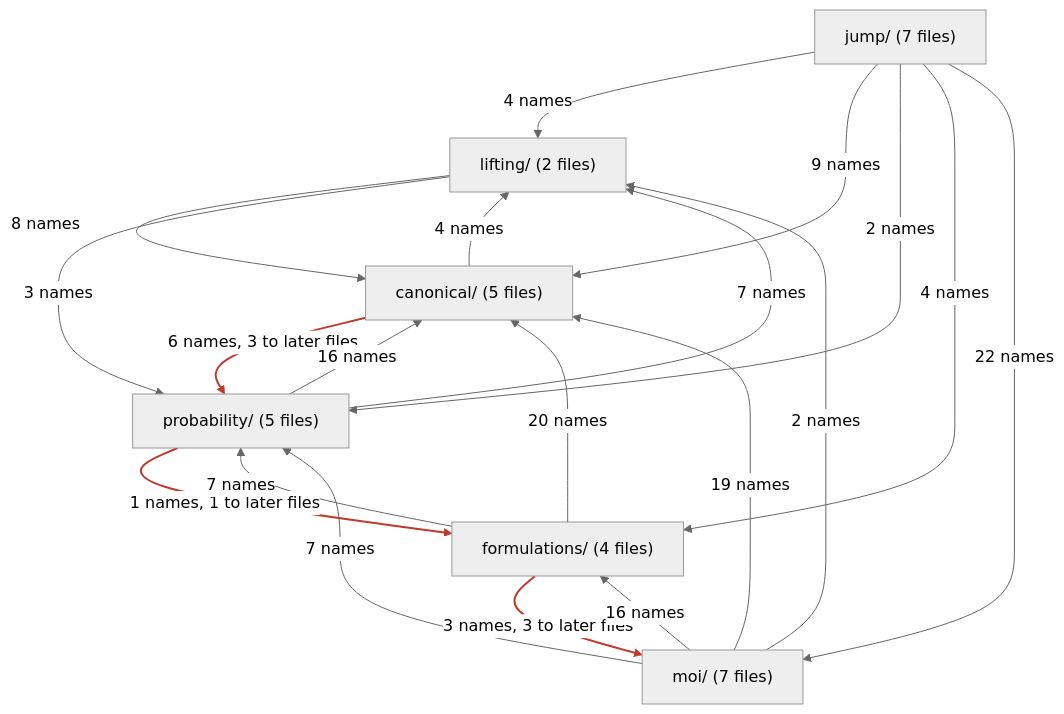
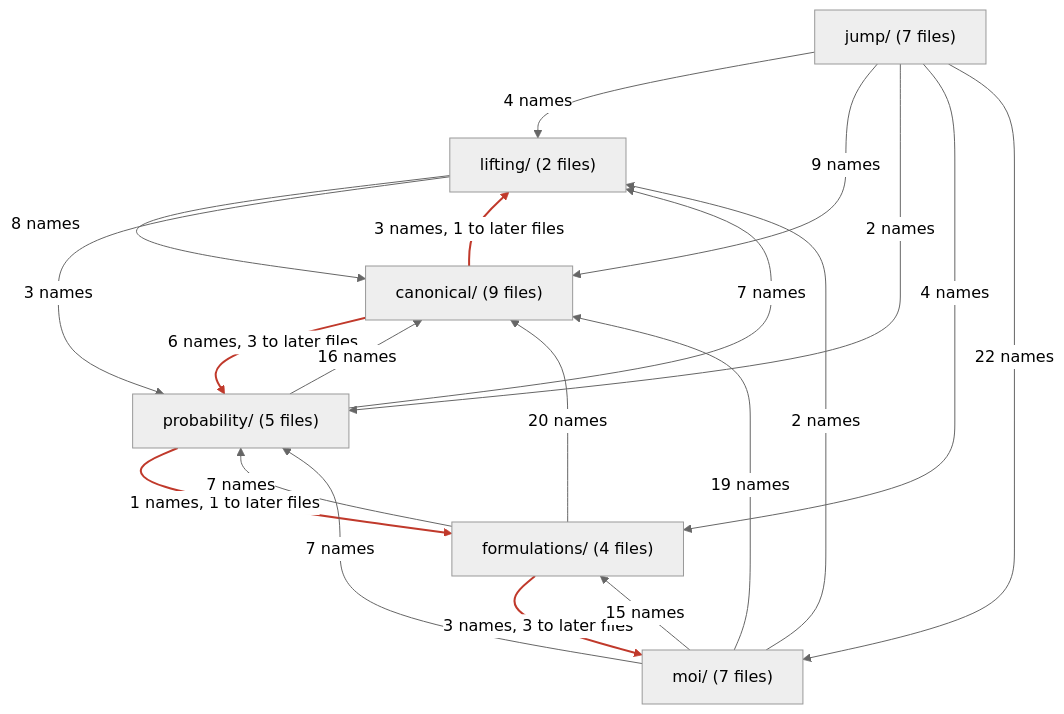
One commit to bfpc/LinearDecisionRules.jl changed the diagram in docs/src/developer/structure_current.md. Above: the diagram before and after it, drawn with Mermaid (neutral theme). The commit also changed other lines of this file and 13 other files, not shown here.

````diff
--- a/docs/src/developer/structure_current.md
+++ b/docs/src/developer/structure_current.md
@@ -12,31 +12,32 @@
 ```mermaid
 flowchart TD
     lifting["lifting/ (2 files)"]
-    canonical["canonical/ (5 files)"]
+    canonical["canonical/ (9 files)"]
     probability["probability/ (5 files)"]
     formulations["formulations/ (4 files)"]
     moi["moi/ (7 files)"]
     jump["jump/ (7 files)"]
     lifting -->|"8 names"| canonical
     lifting -->|"3 names"| probability
-    canonical -->|"4 names"| lifting
+    canonical -->|"3 names, 1 to later files"| lifting
     canonical -->|"6 names, 3 to later files"| probability
     probability -->|"7 names"| lifting
     probability -->|"16 names"| canonical
     probability -->|"1 names, 1 to later files"| formulations
     formulations -->|"20 names"| canonical
     formulations -->|"7 names"| probability
     formulations -->|"3 names, 3 to later files"| moi
     moi -->|"2 names"| lifting
     moi -->|"19 names"| canonical
     moi -->|"7 names"| probability
-    moi -->|"16 names"| formulations
+    moi -->|"15 names"| formulations
     jump -->|"4 names"| lifting
     jump -->|"9 names"| canonical
     jump -->|"2 names"| probability
     jump -->|"4 names"| formulations
     jump -->|"22 names"| moi
+    linkStyle 2 stroke:#c0392b,stroke-width:2px
     linkStyle 3 stroke:#c0392b,stroke-width:2px
     linkStyle 6 stroke:#c0392b,stroke-width:2px
     linkStyle 9 stroke:#c0392b,stroke-width:2px
 ```
````
